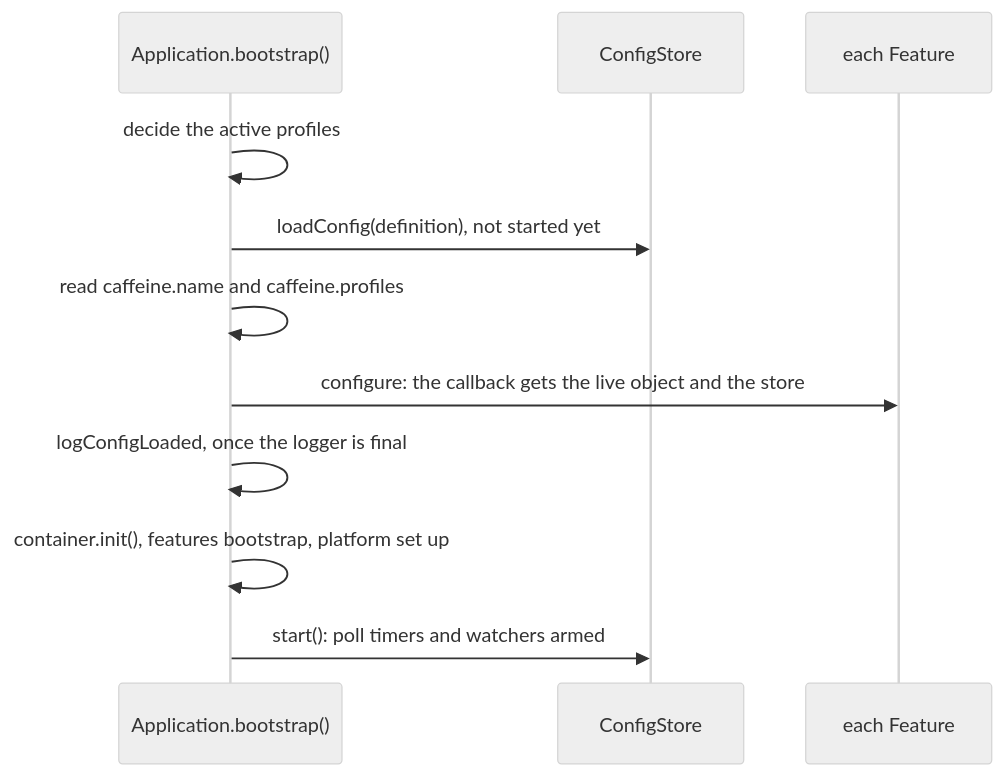
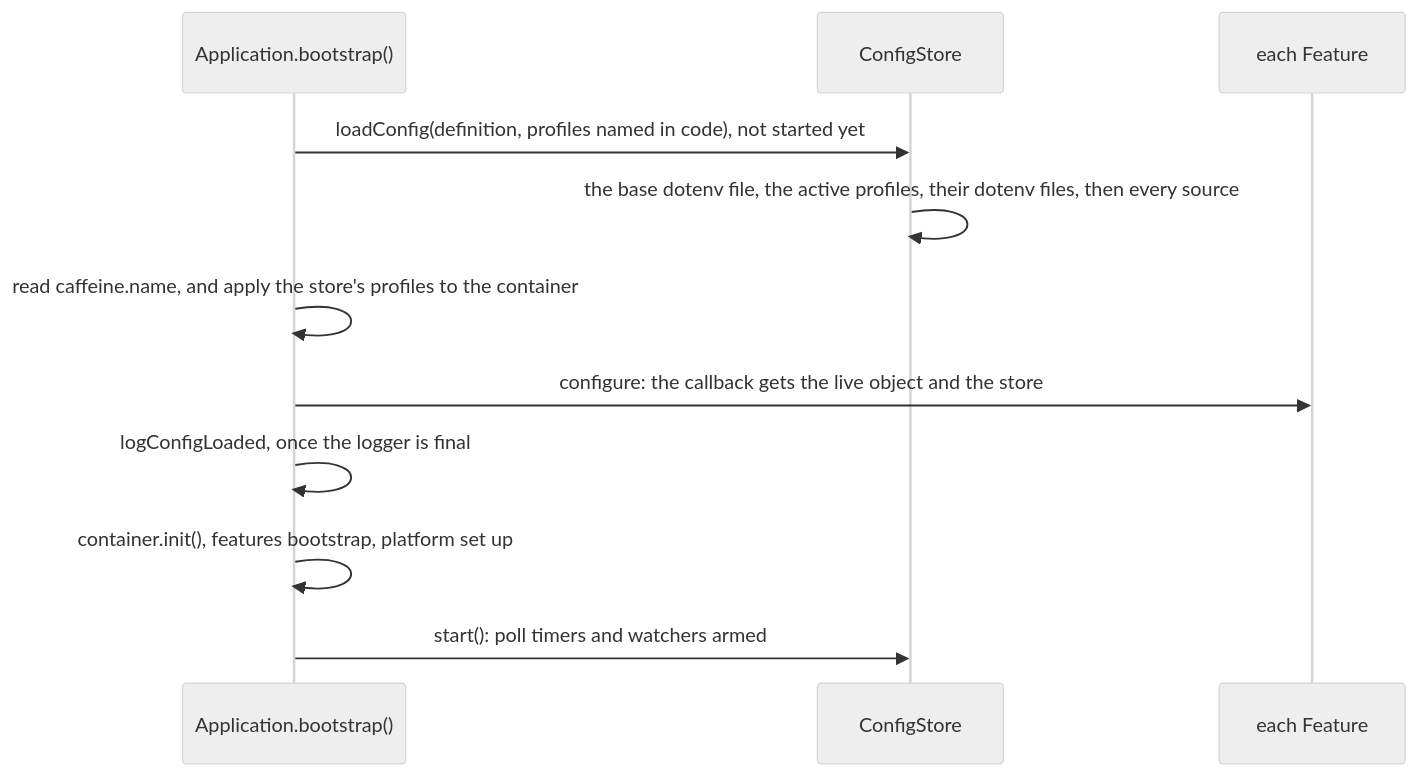
One commit to caffeinejs/caffeine changed the second of 2 diagrams in std/config/README.md. Above: the diagram before and after it, drawn with Mermaid (neutral theme). The commit also changed other lines of this file and 34 other files, not shown here.

Commit message:
feat(config): improve env config source (#84)

````diff
--- a/std/config/README.md
+++ b/std/config/README.md
@@ -324,13 +399,13 @@
 ```mermaid
 sequenceDiagram
   participant App as Application.bootstrap()
   participant Store as ConfigStore
   participant Feat as each Feature
-  App->>App: decide the active profiles
-  App->>Store: loadConfig(definition), not started yet
-  App->>App: read caffeine.name and caffeine.profiles
+  App->>Store: loadConfig(definition, profiles named in code), not started yet
+  Store->>Store: the base dotenv file, the active profiles, their dotenv files, then every source
+  App->>App: read caffeine.name, and apply the store's profiles to the container
   App->>Feat: configure: the callback gets the live object and the store
   App->>App: logConfigLoaded, once the logger is final
   App->>App: container.init(), features bootstrap, platform set up
   App->>Store: start(): poll timers and watchers armed
 ```
````
